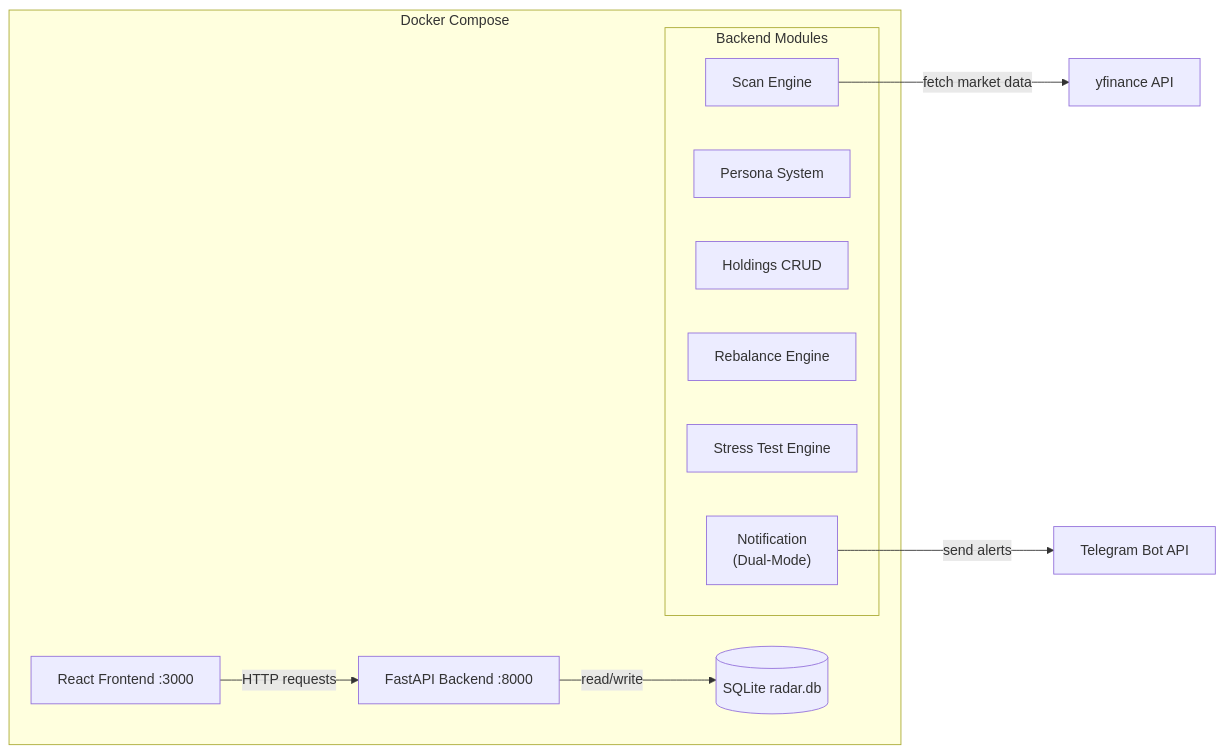
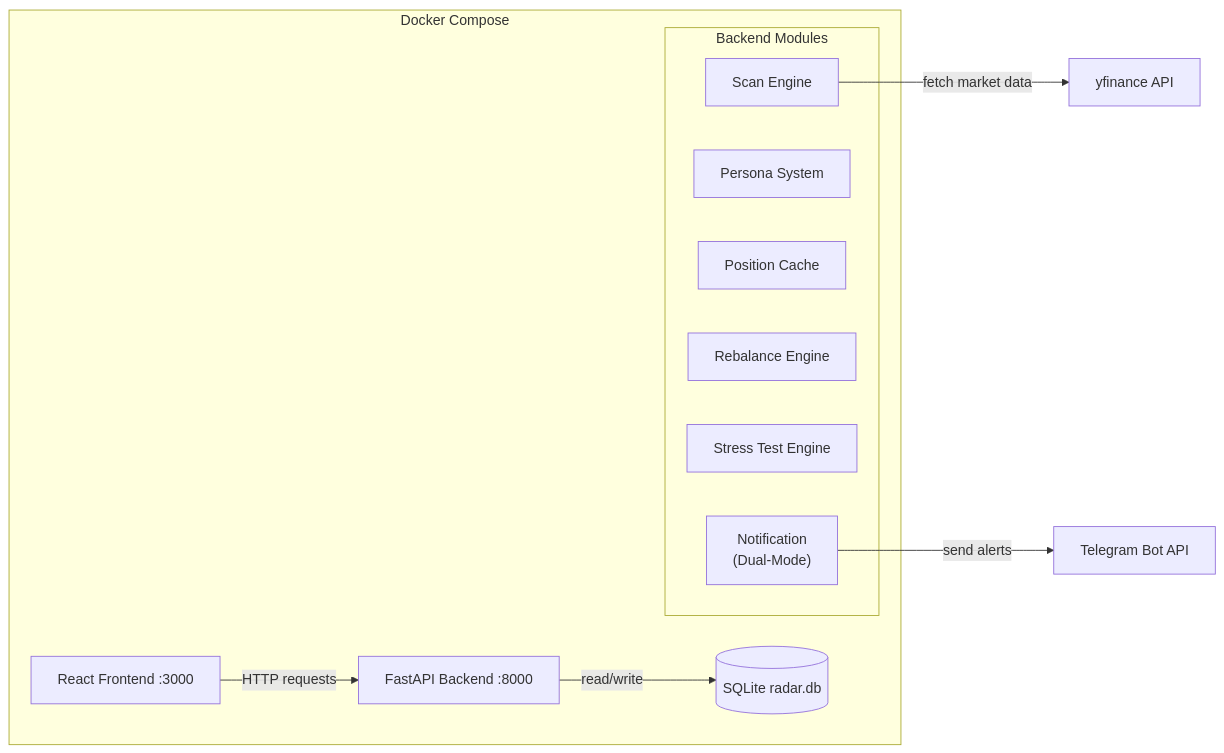
One commit to azusa152/Folio changed the second of 3 diagrams in README.md. Above: the diagram before and after it, drawn with Mermaid. The commit also changed other lines of this file and 10 other files, not shown here.

````diff
--- a/README.md
+++ b/README.md
@@ -164,22 +164,22 @@
 ```mermaid
 graph LR
   subgraph docker [Docker Compose]
     FE["React Frontend :3000"]
     BE["FastAPI Backend :8000"]
     DB[("SQLite radar.db")]
     subgraph backend [Backend Modules]
       SCAN["Scan Engine"]
       PERSONA["Persona System"]
-      HOLDINGS["Holdings CRUD"]
+      HOLDINGS["Position Cache"]
       REBALANCE["Rebalance Engine"]
       STRESS["Stress Test Engine"]
       NOTIFY["Notification\n(Dual-Mode)"]
     end
   end
   YF["yfinance API"]
   TG["Telegram Bot API"]
   FE -->|"HTTP requests"| BE
   BE -->|"read/write"| DB
   SCAN -->|"fetch market data"| YF
   NOTIFY -->|"send alerts"| TG
 ```
````
